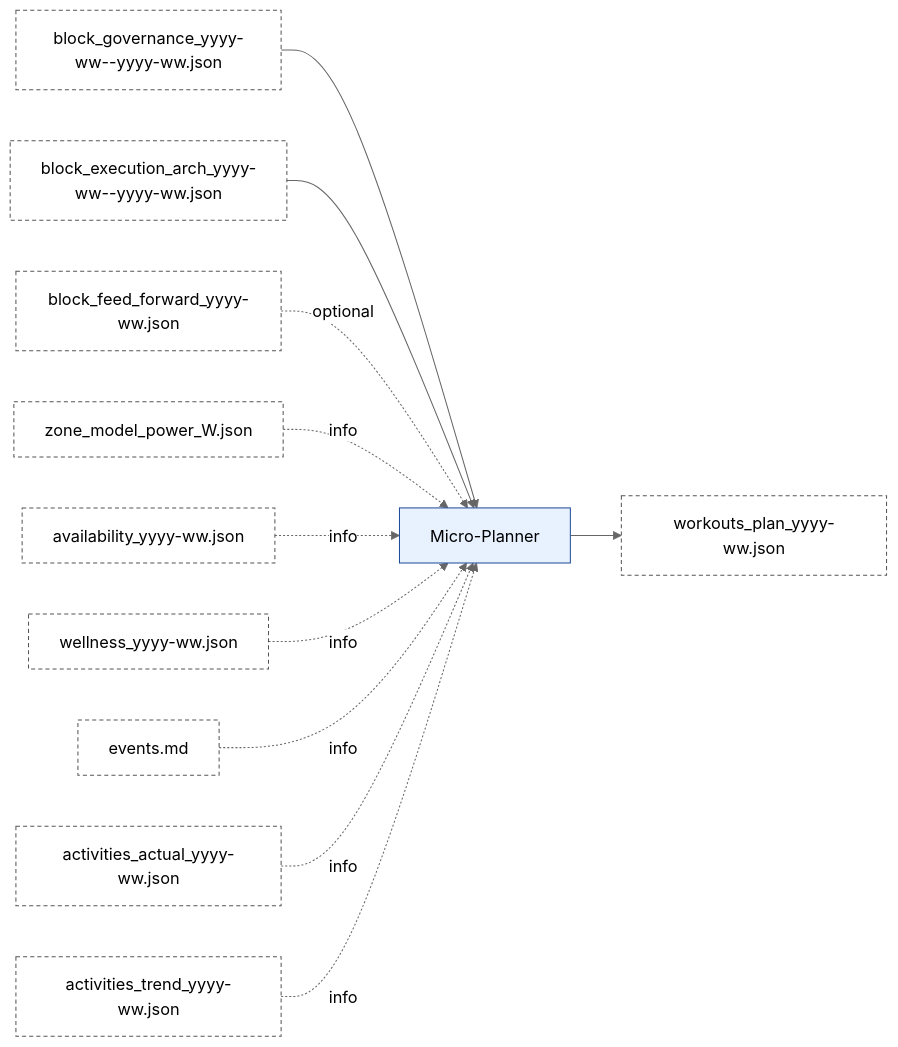
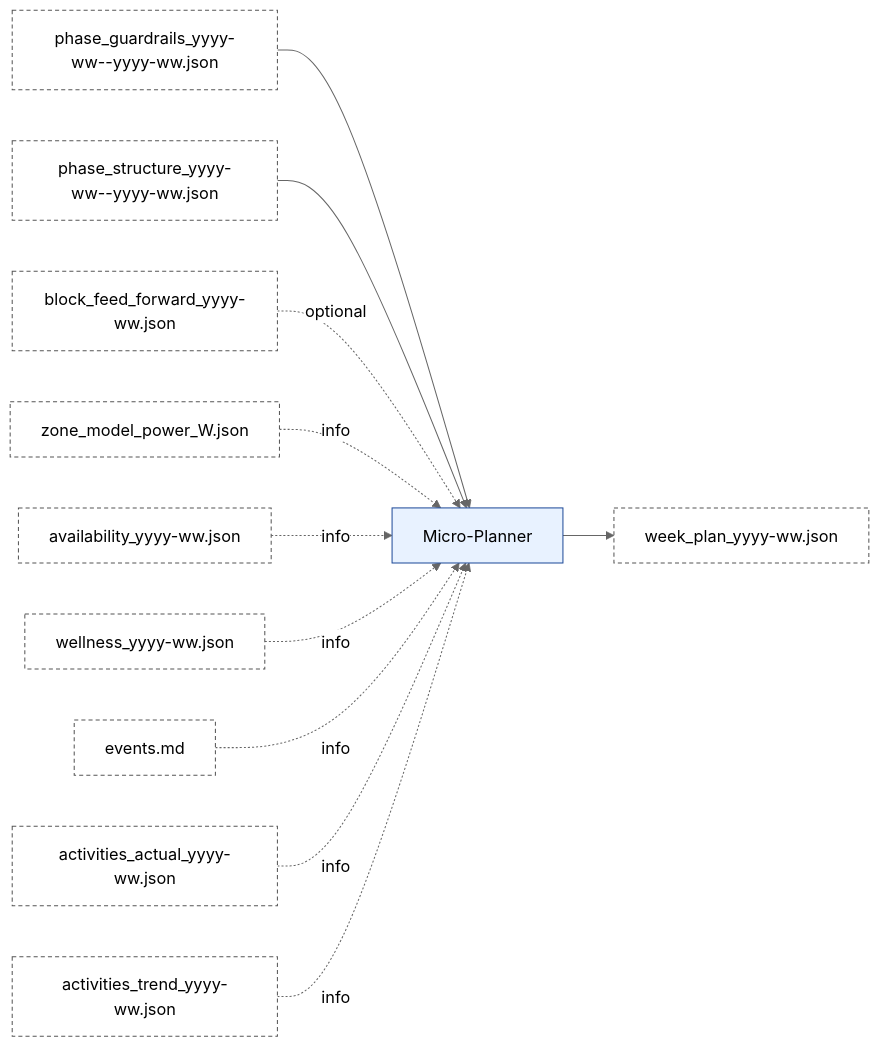
Before and after one commit to albauer-priv/RPS: the fifth of 8 diagrams in doc/artefact_flow_overview_and_detail.md, drawn with Mermaid (neutral theme). The commit also changed other lines of this file and 94 other files, not shown here.

````diff
--- a/doc/artefact_flow_overview_and_detail.md
+++ b/doc/artefact_flow_overview_and_detail.md
@@ -257,17 +257,17 @@
 ```mermaid
 flowchart LR
-  BG[block_governance_yyyy-ww--yyyy-ww.json]:::artefact --> MI[Micro-Planner]:::agent
-  BEA[block_execution_arch_yyyy-ww--yyyy-ww.json]:::artefact --> MI
+  BG[phase_guardrails_yyyy-ww--yyyy-ww.json]:::artefact --> MI[Micro-Planner]:::agent
+  BEA[phase_structure_yyyy-ww--yyyy-ww.json]:::artefact --> MI
   BFF[block_feed_forward_yyyy-ww.json]:::artefact -. optional .-> MI
   ZM[zone_model_power_<FTP>W.json]:::artefact -. info .-> MI
   AV[availability_yyyy-ww.json]:::artefact -. info .-> MI
   WL[wellness_yyyy-ww.json]:::artefact -. info .-> MI
   EV[events.md]:::artefact -. info .-> MI
   AA[activities_actual_yyyy-ww.json]:::artefact -. info .-> MI
   AT[activities_trend_yyyy-ww.json]:::artefact -. info .-> MI
 
-  MI --> WP[workouts_plan_yyyy-ww.json]:::artefact
+  MI --> WP[week_plan_yyyy-ww.json]:::artefact
 
   classDef agent fill:#e8f2ff,stroke:#1f4b99,stroke-width:1px;
   classDef artefact fill:#ffffff,stroke:#555,stroke-dasharray: 4 3,stroke-width:1px;
 ```
````
